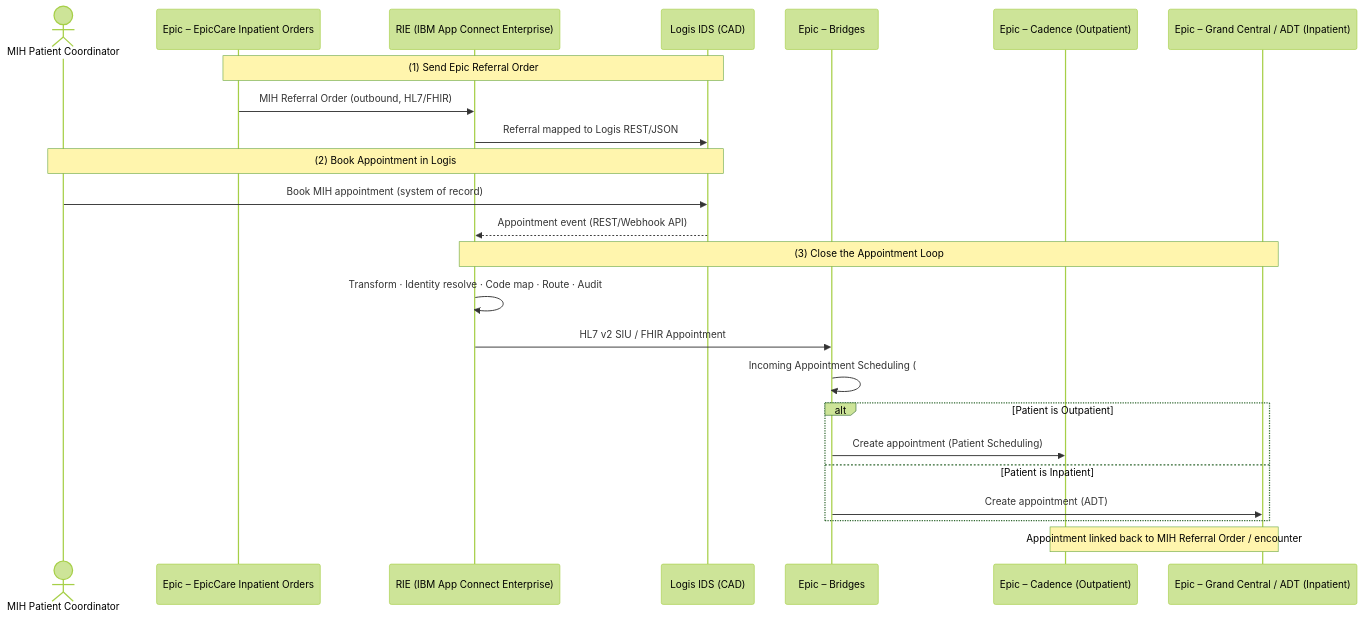
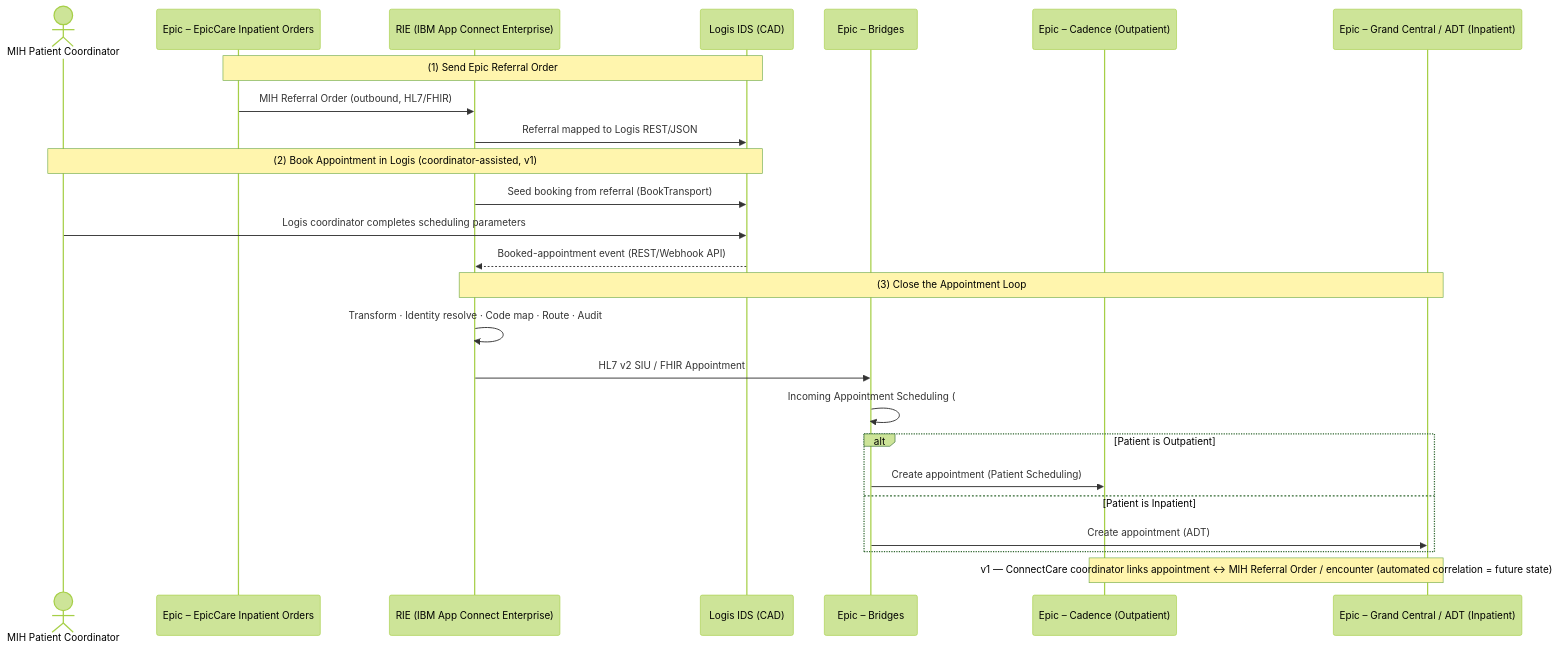
One commit to alec-stealthea/Obsidian changed the diagram in Health Shared Services/Emergency Health Services/Community Paramedic Appointment Sync/Epic to Logis Appointment Sync Solution Concept Model.md. Above: the diagram before and after it, drawn with Mermaid (forest theme). The commit also changed other lines of this file and 7 other files, not shown here.

````diff
--- a/Health Shared Services/Emergency Health Services/Community Paramedic Appointment Sync/Epic to Logis Appointment Sync Solution Concept Model.md
+++ b/Health Shared Services/Emergency Health Services/Community Paramedic Appointment Sync/Epic to Logis Appointment Sync Solution Concept Model.md
@@ -79,29 +81,30 @@
 ```mermaid
 sequenceDiagram
     actor PC as MIH Patient Coordinator
     participant Epic as Epic – EpicCare Inpatient Orders
     participant RIE as RIE (IBM App Connect Enterprise)
     participant Logis as Logis IDS (CAD)
     participant Bridges as Epic – Bridges
     participant Cadence as Epic – Cadence (Outpatient)
     participant GC as Epic – Grand Central / ADT (Inpatient)
 
     Note over Epic,Logis: (1) Send Epic Referral Order
     Epic->>RIE: MIH Referral Order (outbound, HL7/FHIR)
     RIE->>Logis: Referral mapped to Logis REST/JSON
 
-    Note over PC,Logis: (2) Book Appointment in Logis
-    PC->>Logis: Book MIH appointment (system of record)
-    Logis-->>RIE: Appointment event (REST/Webhook API)
+    Note over PC,Logis: (2) Book Appointment in Logis (coordinator-assisted, v1)
+    RIE->>Logis: Seed booking from referral (BookTransport)
+    PC->>Logis: Logis coordinator completes scheduling parameters
+    Logis-->>RIE: Booked-appointment event (REST/Webhook API)
 
     Note over RIE,GC: (3) Close the Appointment Loop
     RIE->>RIE: Transform · Identity resolve · Code map · Route · Audit
     RIE->>Bridges: HL7 v2 SIU / FHIR Appointment
     Bridges->>Bridges: Incoming Appointment Scheduling (#5384)
     alt Patient is Outpatient
         Bridges->>Cadence: Create appointment (Patient Scheduling)
     else Patient is Inpatient
         Bridges->>GC: Create appointment (ADT)
     end
-    Note over Cadence,GC: Appointment linked back to MIH Referral Order / encounter
+    Note over Cadence,GC: v1 — ConnectCare coordinator links appointment ↔ MIH Referral Order / encounter (automated correlation = future state)
 ```
````
